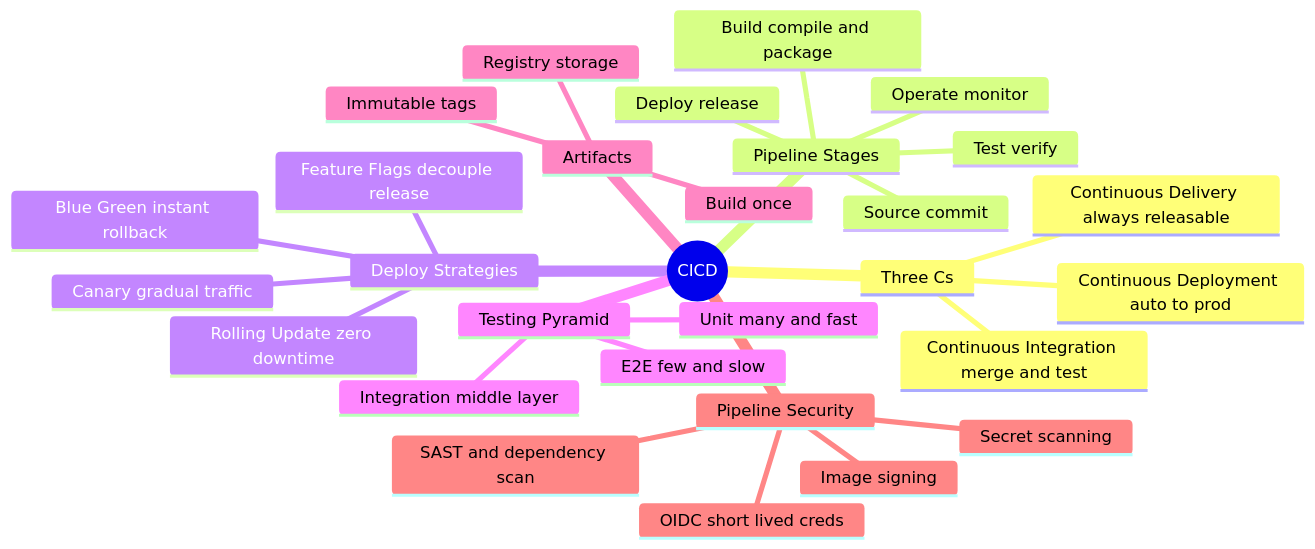
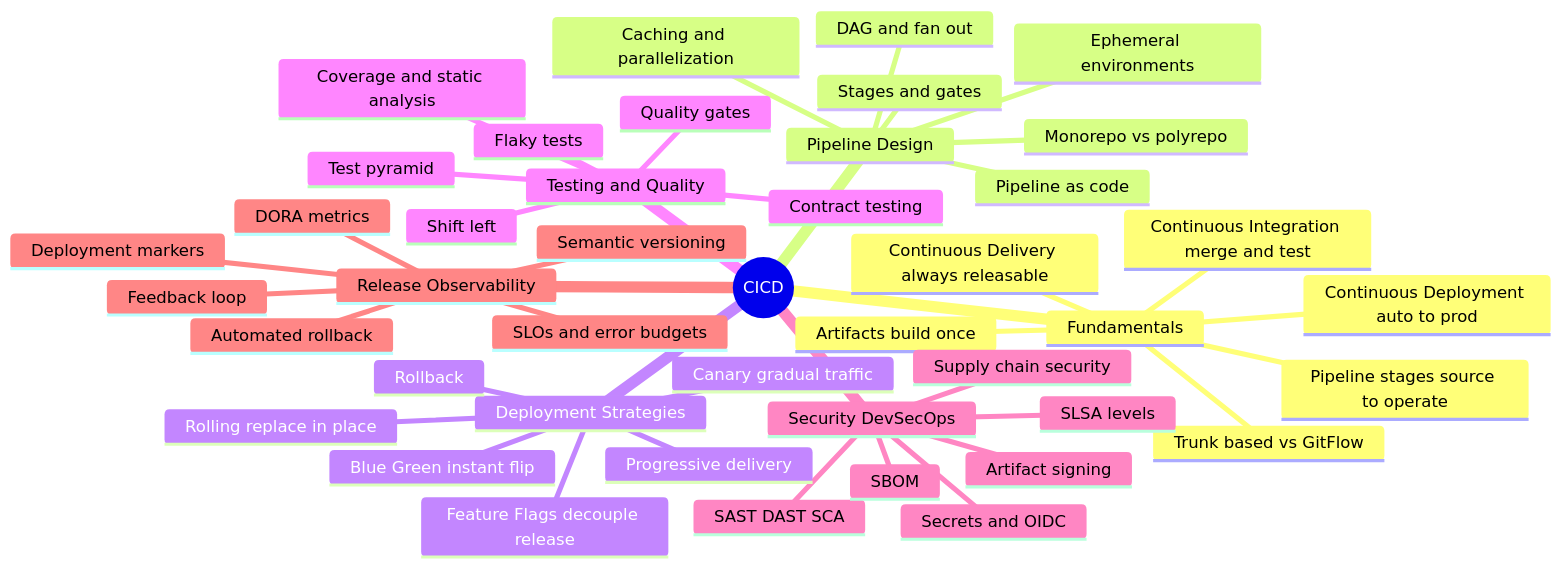
Before and after one commit to rakesh-budde/devops-guide: the first of 2 diagrams in cicd/README.md, drawn with Mermaid. The commit also changed other lines of this file and 127 other files, not shown here.

````diff
--- a/cicd/README.md
+++ b/cicd/README.md
@@ -23,32 +39,46 @@
 ```mermaid
 mindmap
   root((CICD))
-    Three Cs
+    Fundamentals
       Continuous Integration merge and test
       Continuous Delivery always releasable
       Continuous Deployment auto to prod
-    Pipeline Stages
-      Source commit
-      Build compile and package
-      Test verify
-      Deploy release
-      Operate monitor
-    Deploy Strategies
-      Blue Green instant rollback
+      Pipeline stages source to operate
+      Artifacts build once
+      Trunk based vs GitFlow
+    Pipeline Design
+      Pipeline as code
+      Stages and gates
+      Caching and parallelization
+      DAG and fan out
+      Monorepo vs polyrepo
+      Ephemeral environments
+    Deployment Strategies
+      Blue Green instant flip
       Canary gradual traffic
-      Rolling Update zero downtime
+      Rolling replace in place
       Feature Flags decouple release
-    Testing Pyramid
-      Unit many and fast
-      Integration middle layer
-      E2E few and slow
-    Artifacts
-      Build once
-      Registry storage
-      Immutable tags
-    Pipeline Security
-      Secret scanning
-      SAST and dependency scan
-      Image signing
-      OIDC short lived creds
+      Progressive delivery
+      Rollback
+    Testing and Quality
+      Test pyramid
+      Shift left
+      Quality gates
+      Coverage and static analysis
+      Flaky tests
+      Contract testing
+    Security DevSecOps
+      Supply chain security
+      SAST DAST SCA
+      SBOM
+      Artifact signing
+      Secrets and OIDC
+      SLSA levels
+    Release Observability
+      Semantic versioning
+      DORA metrics
+      Deployment markers
+      SLOs and error budgets
+      Automated rollback
+      Feedback loop
 ```
````
